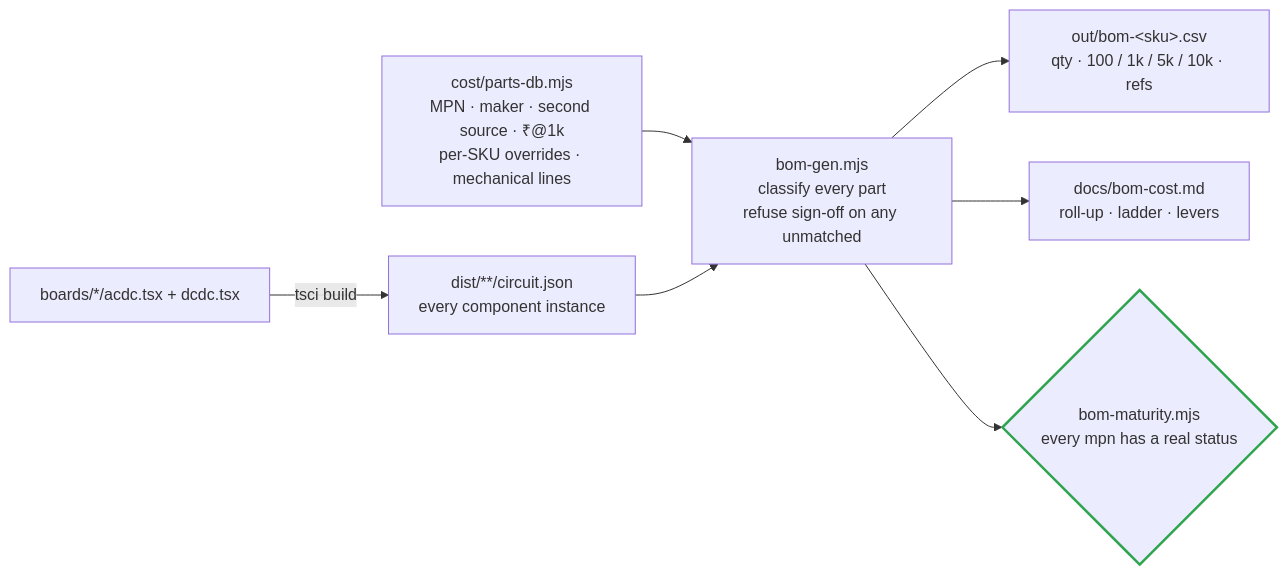
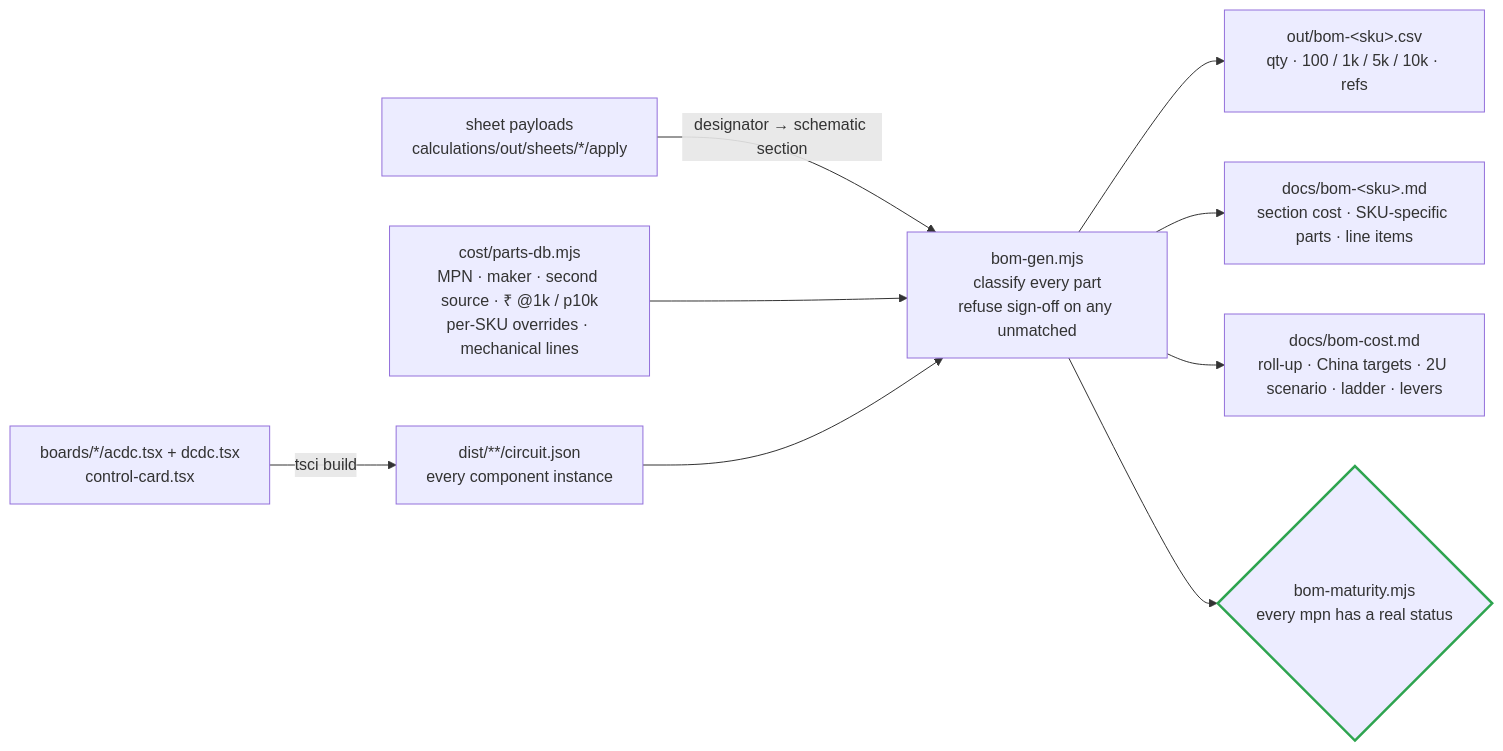
One commit to vectivolt/DC-Modules changed the diagram in docs/bom-guide.md. Above: the diagram before and after it, drawn with Mermaid. The commit also changed other lines of this file and 222 other files, not shown here.

````diff
--- a/docs/bom-guide.md
+++ b/docs/bom-guide.md
@@ -23,10 +24,12 @@
 ```mermaid
 flowchart LR
-  TSX["boards/*/acdc.tsx + dcdc.tsx"] -->|"tsci build"| CJ["dist/**/circuit.json<br/>every component instance"]
-  DB["cost/parts-db.mjs<br/>MPN · maker · second source · ₹@1k<br/>per-SKU overrides · mechanical lines"] --> GEN
+  TSX["boards/*/acdc.tsx + dcdc.tsx<br/>control-card.tsx"] -->|"tsci build"| CJ["dist/**/circuit.json<br/>every component instance"]
+  SH["sheet payloads<br/>calculations/out/sheets/*/apply"] -->|"designator → schematic section"| GEN
+  DB["cost/parts-db.mjs<br/>MPN · maker · second source · ₹ @1k / p10k<br/>per-SKU overrides · mechanical lines"] --> GEN
   CJ --> GEN["bom-gen.mjs<br/>classify every part<br/>refuse sign-off on any unmatched"]
   GEN --> CSV["out/bom-&lt;sku&gt;.csv<br/>qty · 100 / 1k / 5k / 10k · refs"]
-  GEN --> MD["docs/bom-cost.md<br/>roll-up · ladder · levers"]
+  GEN --> PAGES["docs/bom-&lt;sku&gt;.md<br/>section cost · SKU-specific parts · line items"]
+  GEN --> MD["docs/bom-cost.md<br/>roll-up · China targets · 2U scenario · ladder · levers"]
   GEN --> MAT{"bom-maturity.mjs<br/>every mpn has a real status"}
   style MAT stroke:#2ea44f,stroke-width:2.5px
 ```
````
